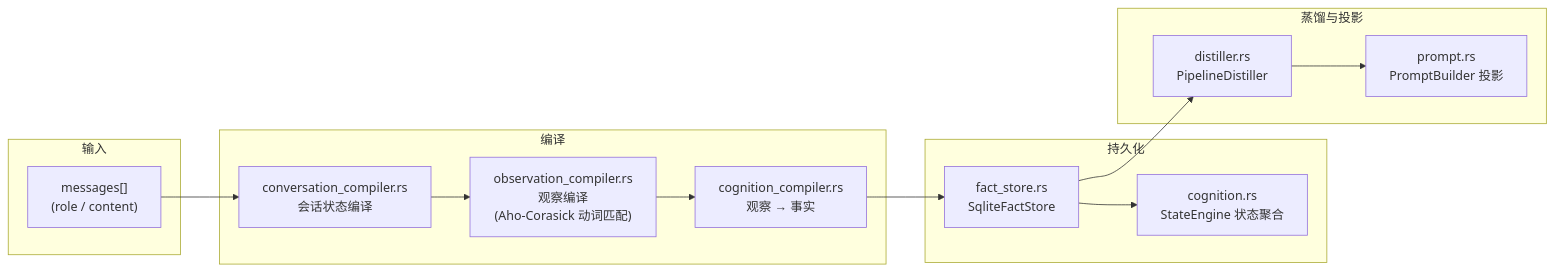
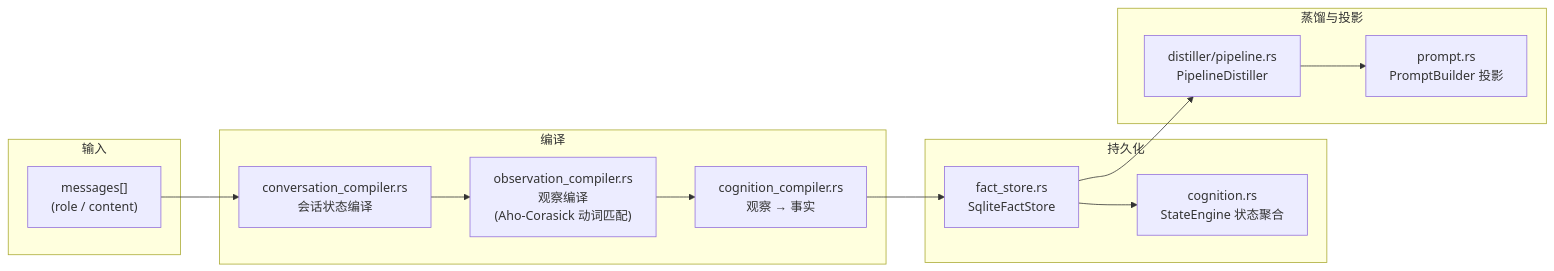
Before and after one commit to Timwood0x10/Mnemosyne: the first of 3 diagrams in docs/zh/cognition.md, drawn with Mermaid. The commit also changed other lines of this file and 27 other files, not shown here.

````diff
--- a/docs/zh/cognition.md
+++ b/docs/zh/cognition.md
@@ -14,26 +14,26 @@
 ```mermaid
 flowchart LR
     subgraph 输入
         M["messages[]<br/>(role / content)"]
     end
 
     subgraph 编译
         CC["conversation_compiler.rs<br/>会话状态编译"]
         OC["observation_compiler.rs<br/>观察编译<br/>(Aho-Corasick 动词匹配)"]
         CG["cognition_compiler.rs<br/>观察 → 事实"]
     end
 
     subgraph 持久化
         FS["fact_store.rs<br/>SqliteFactStore"]
         SN["cognition.rs<br/>StateEngine 状态聚合"]
     end
 
     subgraph 蒸馏与投影
-        DI["distiller.rs<br/>PipelineDistiller"]
+        DI["distiller/pipeline.rs<br/>PipelineDistiller"]
         PR["prompt.rs<br/>PromptBuilder 投影"]
     end
 
     M --> CC --> OC --> CG --> FS
     FS --> SN
     FS --> DI --> PR
 ```
````
